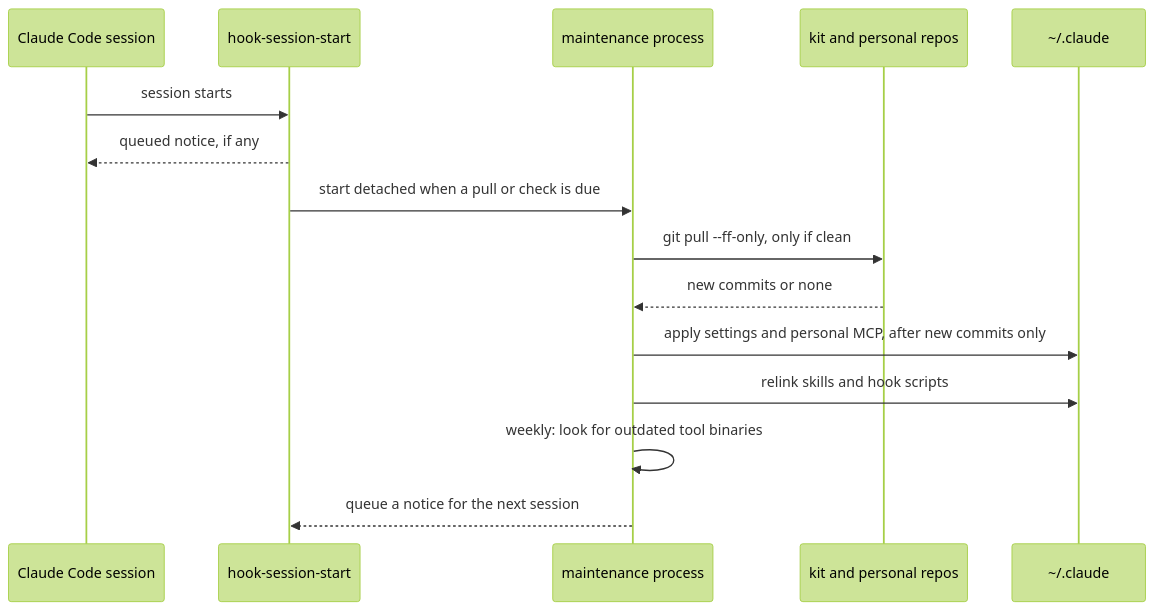
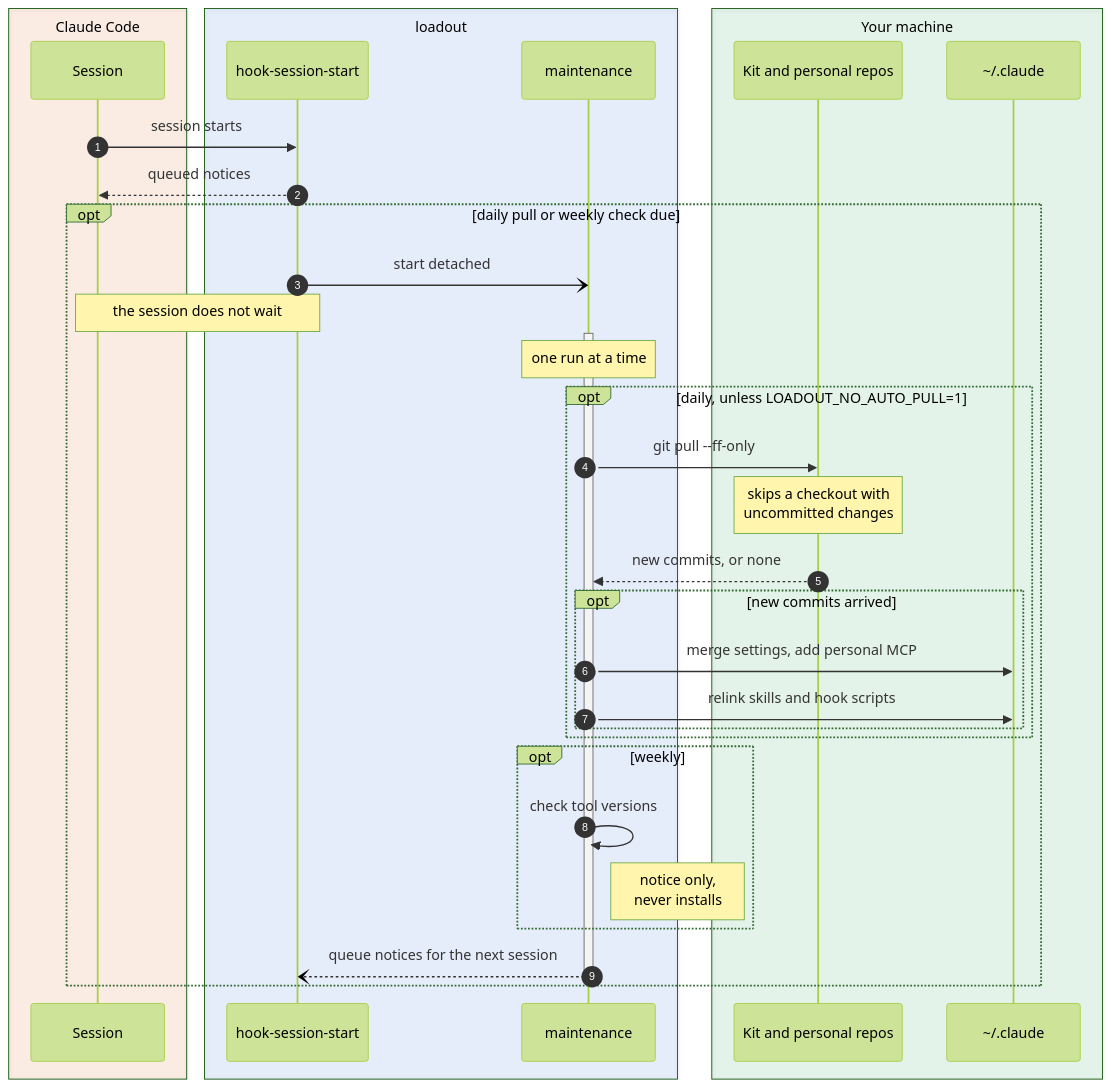
Before and after one commit to jonasyr/agent-loadout: the second of 2 diagrams in docs/explanation/architecture.md, drawn with Mermaid (forest theme). The commit also changed other lines of this file and 2 other files, not shown here.

Commit message:
docs: redesign the Mermaid diagrams for clarity in light and dark mode

````diff
--- a/docs/explanation/architecture.md
+++ b/docs/explanation/architecture.md
@@ -41,17 +105,39 @@
 ```mermaid
 sequenceDiagram
-  participant S as Claude Code session
-  participant H as hook-session-start
-  participant M as maintenance process
-  participant G as kit and personal repos
-  participant C as ~/.claude
+  autonumber
+  box rgba(234, 88, 12, 0.10) Claude Code
+    participant S as Session
+  end
+  box rgba(37, 99, 235, 0.10) loadout
+    participant H as hook-session-start
+    participant M as maintenance
+  end
+  box rgba(22, 163, 74, 0.10) Your machine
+    participant G as Kit and personal repos
+    participant C as ~/.claude
+  end
+
   S->>H: session starts
-  H-->>S: queued notice, if any
-  H->>M: start detached when a pull or check is due
-  M->>G: git pull --ff-only, only if clean
-  G-->>M: new commits or none
-  M->>C: apply settings and personal MCP, after new commits only
-  M->>C: relink skills and hook scripts
-  M->>M: weekly: look for outdated tool binaries
-  M-->>H: queue a notice for the next session
+  H-->>S: queued notices
+  opt daily pull or weekly check due
+    H-)M: start detached
+    Note over S,H: the session does not wait
+    activate M
+    Note over M: one run at a time
+    opt daily, unless LOADOUT_NO_AUTO_PULL=1
+      M->>G: git pull --ff-only
+      Note over G: skips a checkout with<br/>uncommitted changes
+      G-->>M: new commits, or none
+      opt new commits arrived
+        M->>C: merge settings, add personal MCP
+        M->>C: relink skills and hook scripts
+      end
+    end
+    opt weekly
+      M->>M: check tool versions
+      Note right of M: notice only,<br/>never installs
+    end
+    M--)H: queue notices for the next session
+    deactivate M
+  end
 ```
````
